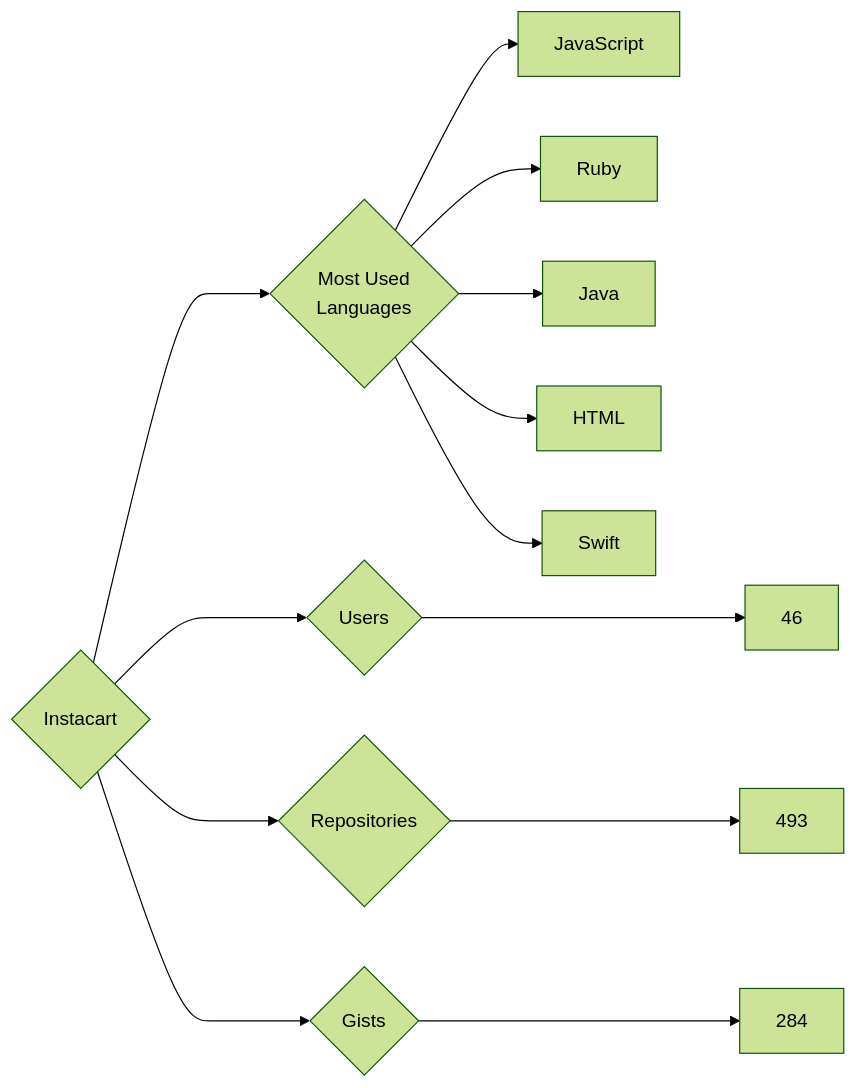
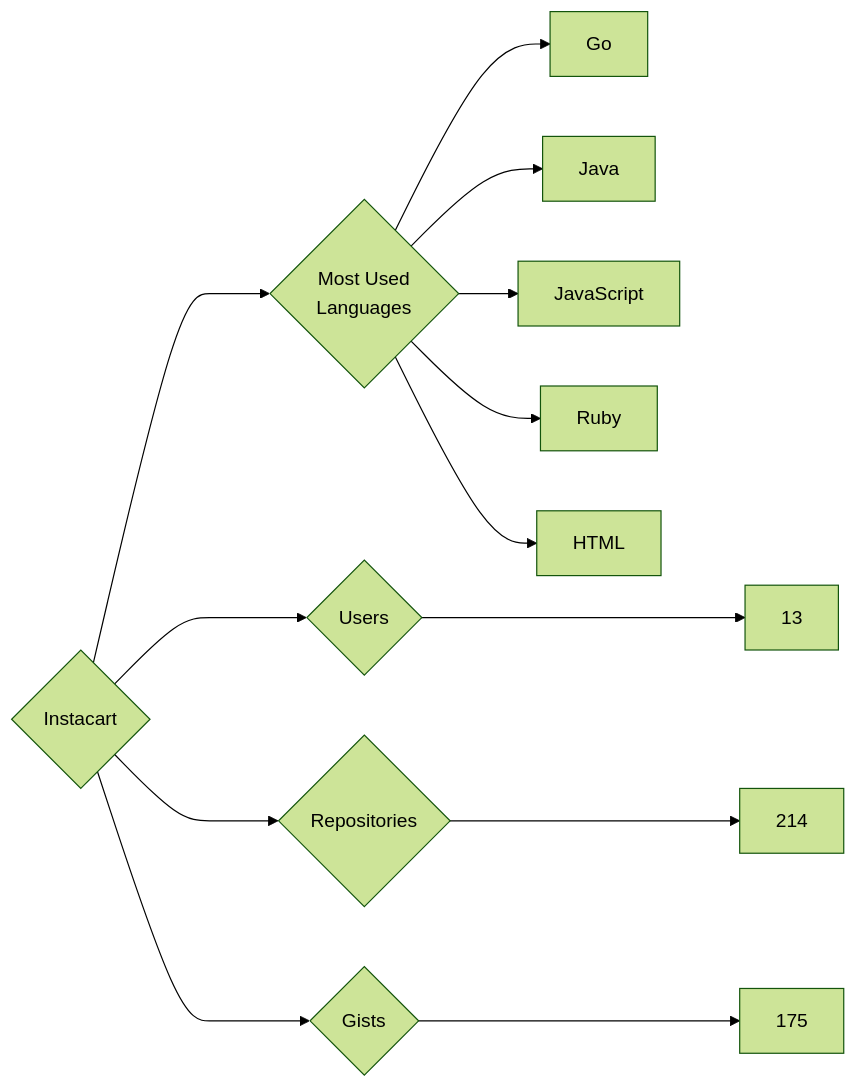
Before and after one commit to trickest/insiders: the diagram in targets/Instacart/README.md, drawn with Mermaid (forest theme). The commit also changed 772 other files, not shown here.

````diff
--- a/targets/Instacart/README.md
+++ b/targets/Instacart/README.md
@@ -3,13 +3,13 @@
 ```mermaid
 graph LR
 COMPANY_NAME{Instacart}
-COMPANY_NAME ---> U{Users} ---> UN[46]
-COMPANY_NAME ---> R{Repositories} ---> RN[493]
-COMPANY_NAME ---> G{Gists} ---> GN[284]
+COMPANY_NAME ---> U{Users} ---> UN[13]
+COMPANY_NAME ---> R{Repositories} ---> RN[214]
+COMPANY_NAME ---> G{Gists} ---> GN[175]
 COMPANY_NAME ---> ML{Most Used<br>Languages}
+ML --> Go[Go]
+ML --> Java[Java]
 ML --> JavaScript[JavaScript]
 ML --> Ruby[Ruby]
-ML --> Java[Java]
 ML --> HTML[HTML]
-ML --> Swift[Swift]
 ```
````
